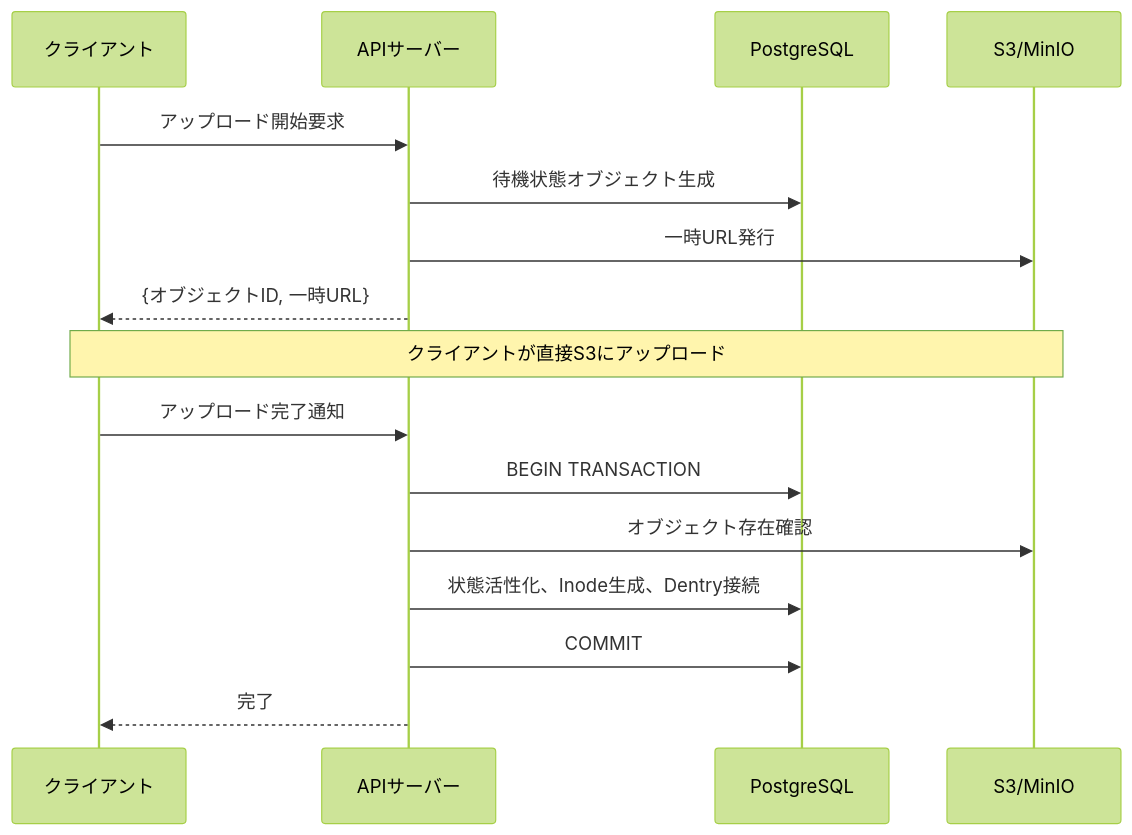
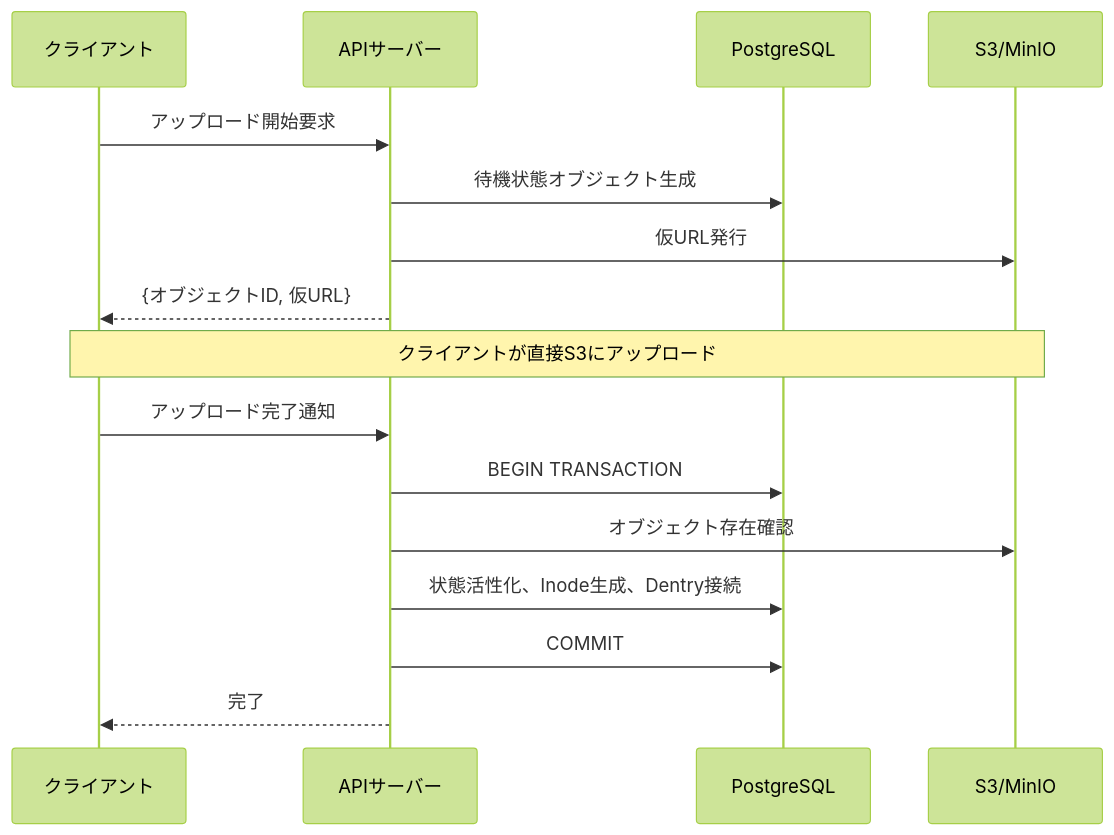
Before and after one commit to mandacode-labs/mandacode-devs: the second of 2 diagrams in src/content/blog/retrowin-deep-dive/ja.md, drawn with Mermaid (forest theme). The commit also changed other lines of this file and 28 other files, not shown here.

````diff
--- a/src/content/blog/retrowin-deep-dive/ja.md
+++ b/src/content/blog/retrowin-deep-dive/ja.md
@@ -74,21 +45,21 @@
 ```mermaid
 sequenceDiagram
     participant Client as クライアント
     participant API as APIサーバー
     participant DB as PostgreSQL
     participant S3 as S3/MinIO
 
     Client->>API: アップロード開始要求
     API->>DB: 待機状態オブジェクト生成
-    API->>S3: 一時URL発行
-    API-->>Client: {オブジェクトID, 一時URL}
+    API->>S3: 仮URL発行
+    API-->>Client: {オブジェクトID, 仮URL}
 
     Note over Client,S3: クライアントが直接S3にアップロード
 
     Client->>API: アップロード完了通知
     API->>DB: BEGIN TRANSACTION
     API->>S3: オブジェクト存在確認
     API->>DB: 状態活性化、Inode生成、Dentry接続
     API->>DB: COMMIT
     API-->>Client: 完了
 ```
````
